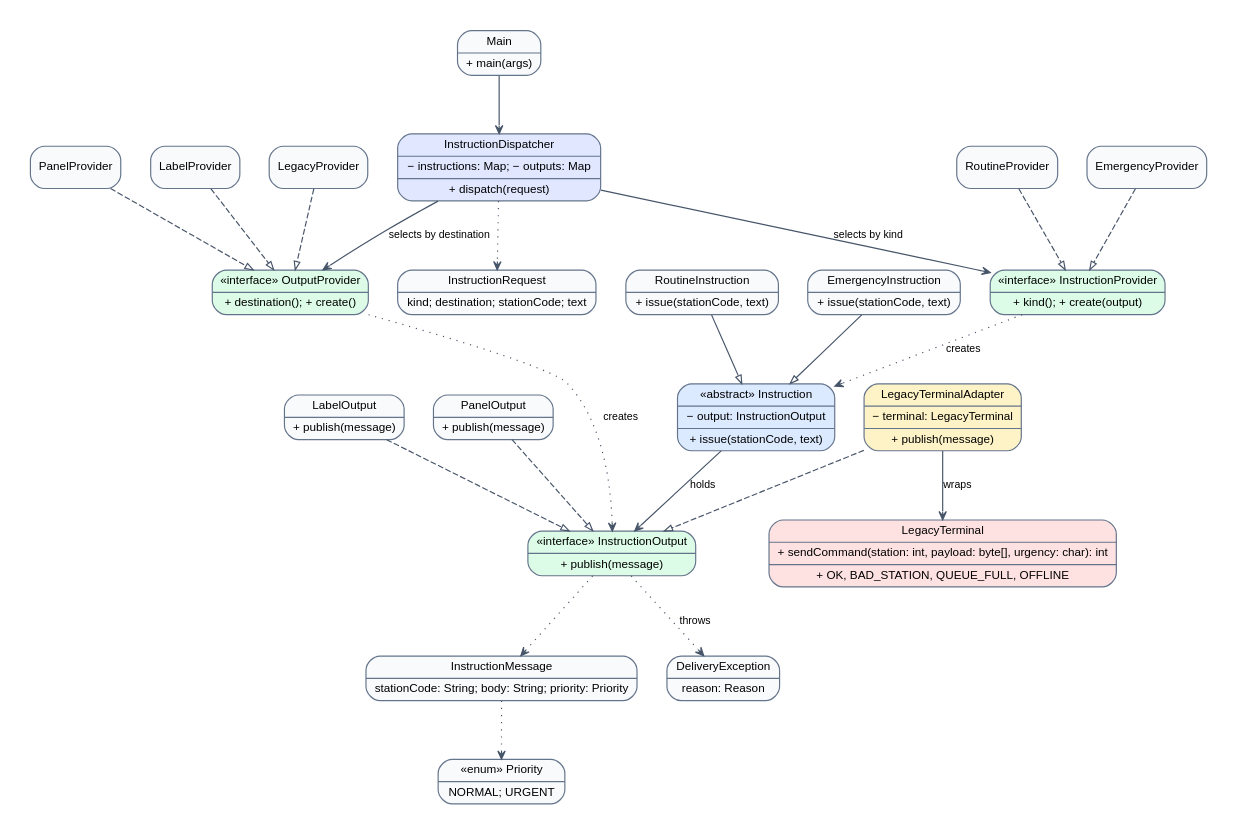
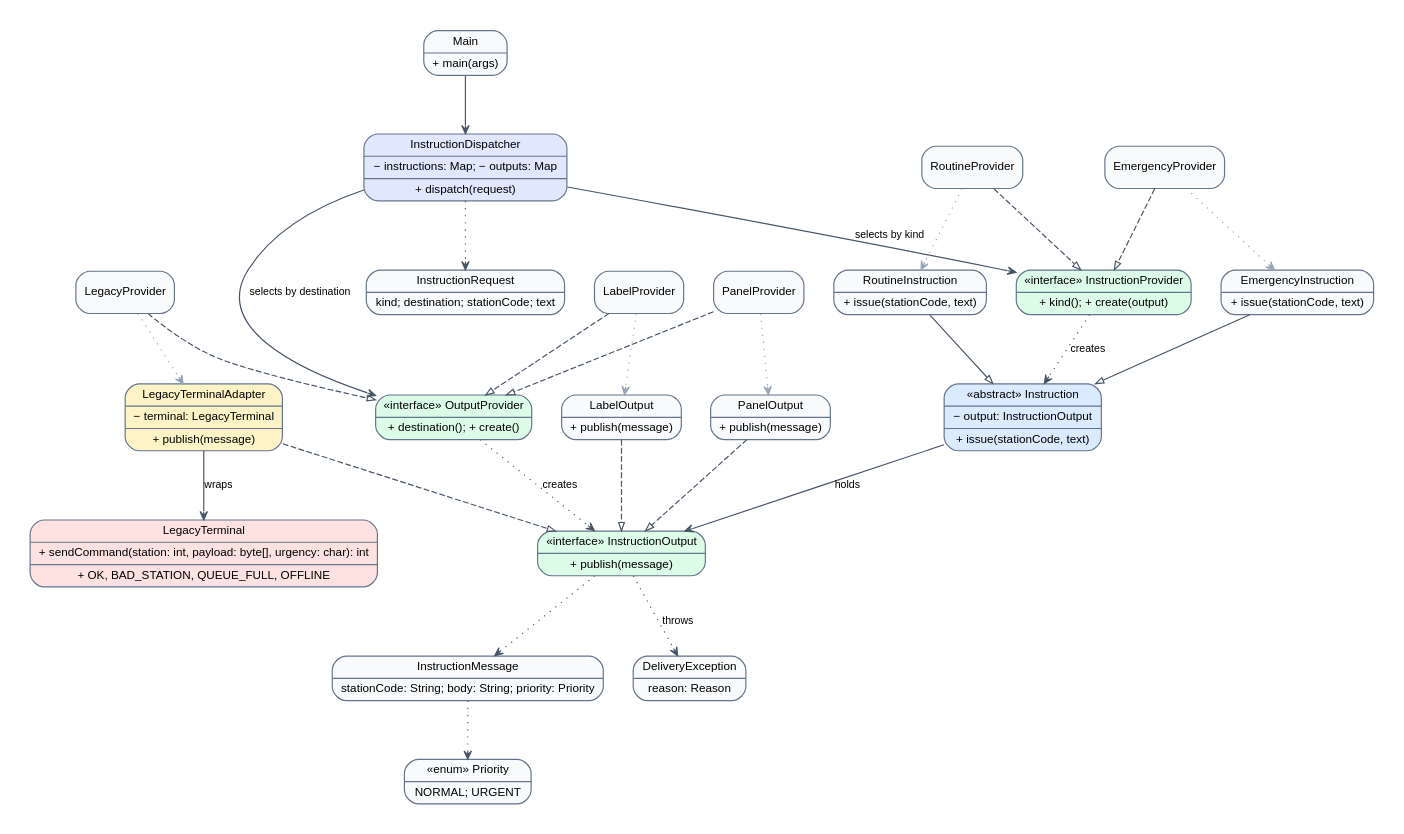
One commit to AlmazCode/SDP-A3 changed the diagram in docs/class-diagram.dot. Above: the diagram before and after it, drawn with Graphviz. The commit also changed 3 other files, not shown here.

```diff
--- a/docs/class-diagram.dot
+++ b/docs/class-diagram.dot
@@ -1,51 +1,56 @@
 digraph LabInstructions {
   graph [rankdir=TB, bgcolor="white", pad=0.25, nodesep=0.35, ranksep=0.65, fontname="Arial"];
   node [shape=record, style="rounded,filled", fillcolor="#f8fafc", color="#64748b", fontname="Arial", fontsize=10];
   edge [color="#475569", arrowsize=0.7, fontname="Arial", fontsize=9];
 
   Instruction [label="{«abstract» Instruction|− output: InstructionOutput|+ issue(stationCode, text)}", fillcolor="#dbeafe"];
   RoutineInstruction [label="{RoutineInstruction|+ issue(stationCode, text)}"];
   EmergencyInstruction [label="{EmergencyInstruction|+ issue(stationCode, text)}"];
   InstructionOutput [label="{«interface» InstructionOutput|+ publish(message)}", fillcolor="#dcfce7"];
   PanelOutput [label="{PanelOutput|+ publish(message)}"];
   LabelOutput [label="{LabelOutput|+ publish(message)}"];
   LegacyTerminalAdapter [label="{LegacyTerminalAdapter|− terminal: LegacyTerminal|+ publish(message)}", fillcolor="#fef3c7"];
   LegacyTerminal [label="{LegacyTerminal|+ sendCommand(station: int, payload: byte[], urgency: char): int|+ OK, BAD_STATION, QUEUE_FULL, OFFLINE}", fillcolor="#fee2e2"];
   InstructionMessage [label="{InstructionMessage|stationCode: String; body: String; priority: Priority}"];
   Priority [label="{«enum» Priority|NORMAL; URGENT}"];
   DeliveryException [label="{DeliveryException|reason: Reason}"];
 
   InstructionDispatcher [label="{InstructionDispatcher|− instructions: Map; − outputs: Map|+ dispatch(request)}", fillcolor="#e0e7ff"];
   InstructionRequest [label="{InstructionRequest|kind; destination; stationCode; text}"];
   InstructionProvider [label="{«interface» InstructionProvider|+ kind(); + create(output)}", fillcolor="#dcfce7"];
   OutputProvider [label="{«interface» OutputProvider|+ destination(); + create()}", fillcolor="#dcfce7"];
   RoutineProvider [label="RoutineProvider"];
   EmergencyProvider [label="EmergencyProvider"];
   PanelProvider [label="PanelProvider"];
   LabelProvider [label="LabelProvider"];
   LegacyProvider [label="LegacyProvider"];
   Main [label="{Main|+ main(args)}"];
 
   RoutineInstruction -> Instruction [arrowhead=empty];
   EmergencyInstruction -> Instruction [arrowhead=empty];
   Instruction -> InstructionOutput [arrowhead=vee, label="holds"];
   PanelOutput -> InstructionOutput [arrowhead=empty, style=dashed];
   LabelOutput -> InstructionOutput [arrowhead=empty, style=dashed];
   LegacyTerminalAdapter -> InstructionOutput [arrowhead=empty, style=dashed];
   LegacyTerminalAdapter -> LegacyTerminal [arrowhead=vee, label="wraps"];
   InstructionOutput -> InstructionMessage [arrowhead=vee, style=dotted];
   InstructionMessage -> Priority [arrowhead=vee, style=dotted];
   InstructionOutput -> DeliveryException [arrowhead=vee, style=dotted, label="throws"];
 
   Main -> InstructionDispatcher [arrowhead=vee];
   InstructionDispatcher -> InstructionRequest [arrowhead=vee, style=dotted];
   InstructionDispatcher -> InstructionProvider [arrowhead=vee, label="selects by kind"];
   InstructionDispatcher -> OutputProvider [arrowhead=vee, label="selects by destination"];
   InstructionProvider -> Instruction [arrowhead=vee, style=dotted, label="creates"];
   OutputProvider -> InstructionOutput [arrowhead=vee, style=dotted, label="creates"];
   RoutineProvider -> InstructionProvider [arrowhead=empty, style=dashed];
   EmergencyProvider -> InstructionProvider [arrowhead=empty, style=dashed];
   PanelProvider -> OutputProvider [arrowhead=empty, style=dashed];
   LabelProvider -> OutputProvider [arrowhead=empty, style=dashed];
   LegacyProvider -> OutputProvider [arrowhead=empty, style=dashed];
+  RoutineProvider -> RoutineInstruction [arrowhead=vee, style=dotted, color="#94a3b8"];
+  EmergencyProvider -> EmergencyInstruction [arrowhead=vee, style=dotted, color="#94a3b8"];
+  PanelProvider -> PanelOutput [arrowhead=vee, style=dotted, color="#94a3b8"];
+  LabelProvider -> LabelOutput [arrowhead=vee, style=dotted, color="#94a3b8"];
+  LegacyProvider -> LegacyTerminalAdapter [arrowhead=vee, style=dotted, color="#94a3b8"];
 }
```
